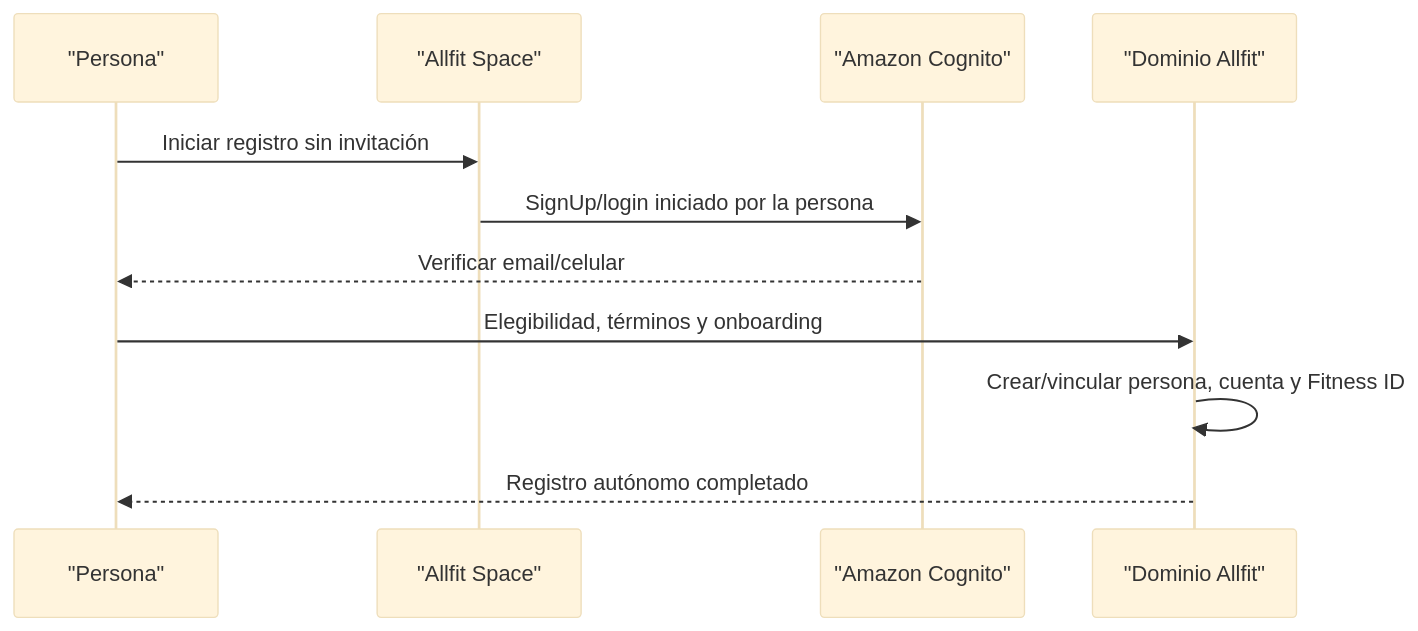
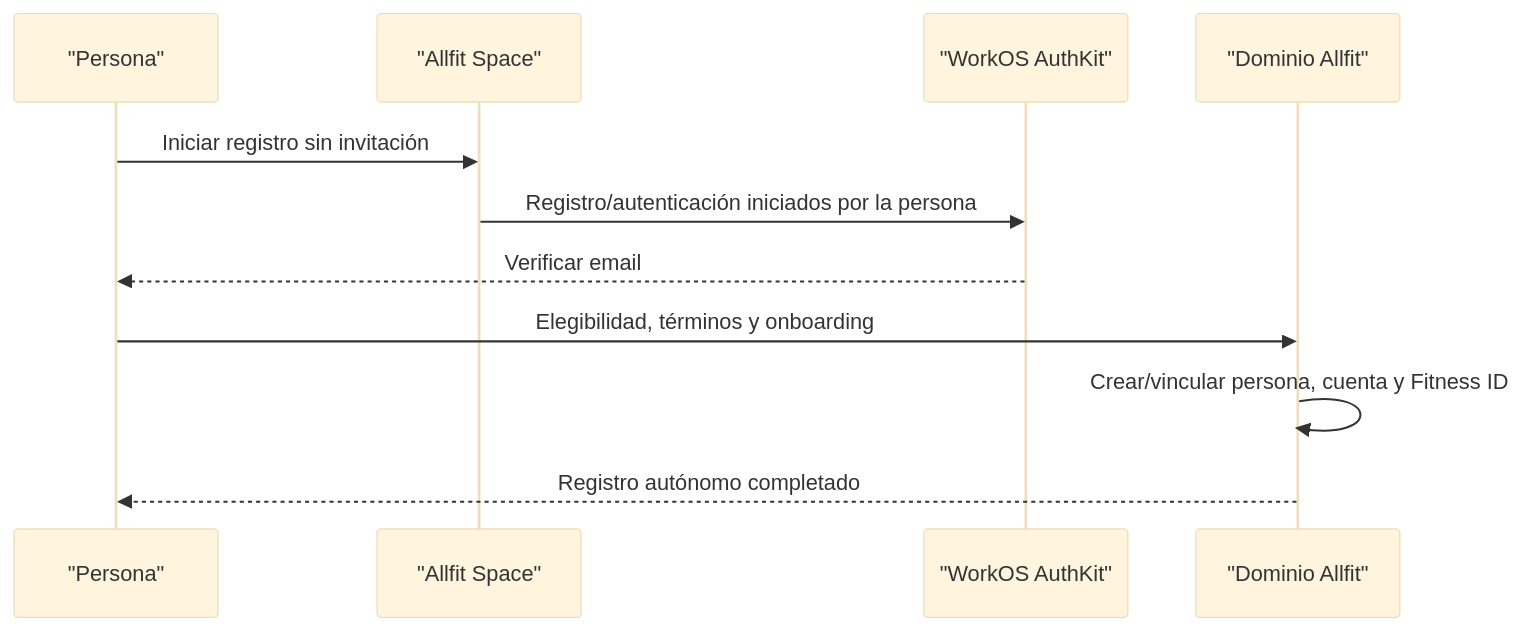
Before and after one commit to allfitone/allfitone-docs: the first of 4 diagrams in platform/database/refactor/02_ARCHITECTURE_DECISIONS/ALLFIT_ARCHITECTURE_DECISIONS.md, drawn with Mermaid (base theme). The commit also changed other lines of this file and 19 other files, not shown here.

Commit message:
docs: migrate authentication from Cognito to WorkOS

````diff
--- a/platform/database/refactor/02_ARCHITECTURE_DECISIONS/ALLFIT_ARCHITECTURE_DECISIONS.md
+++ b/platform/database/refactor/02_ARCHITECTURE_DECISIONS/ALLFIT_ARCHITECTURE_DECISIONS.md
@@ -91,14 +91,14 @@
 ```mermaid
 sequenceDiagram
     participant P as "Persona"
     participant Space as "Allfit Space"
-    participant Auth as "Amazon Cognito"
+    participant Auth as "WorkOS AuthKit"
     participant DB as "Dominio Allfit"
 
     P->>Space: Iniciar registro sin invitación
-    Space->>Auth: SignUp/login iniciado por la persona
-    Auth-->>P: Verificar email/celular
+    Space->>Auth: Registro/autenticación iniciados por la persona
+    Auth-->>P: Verificar email
     P->>DB: Elegibilidad, términos y onboarding
     DB->>DB: Crear/vincular persona, cuenta y Fitness ID
     DB-->>P: Registro autónomo completado
 ```
````
